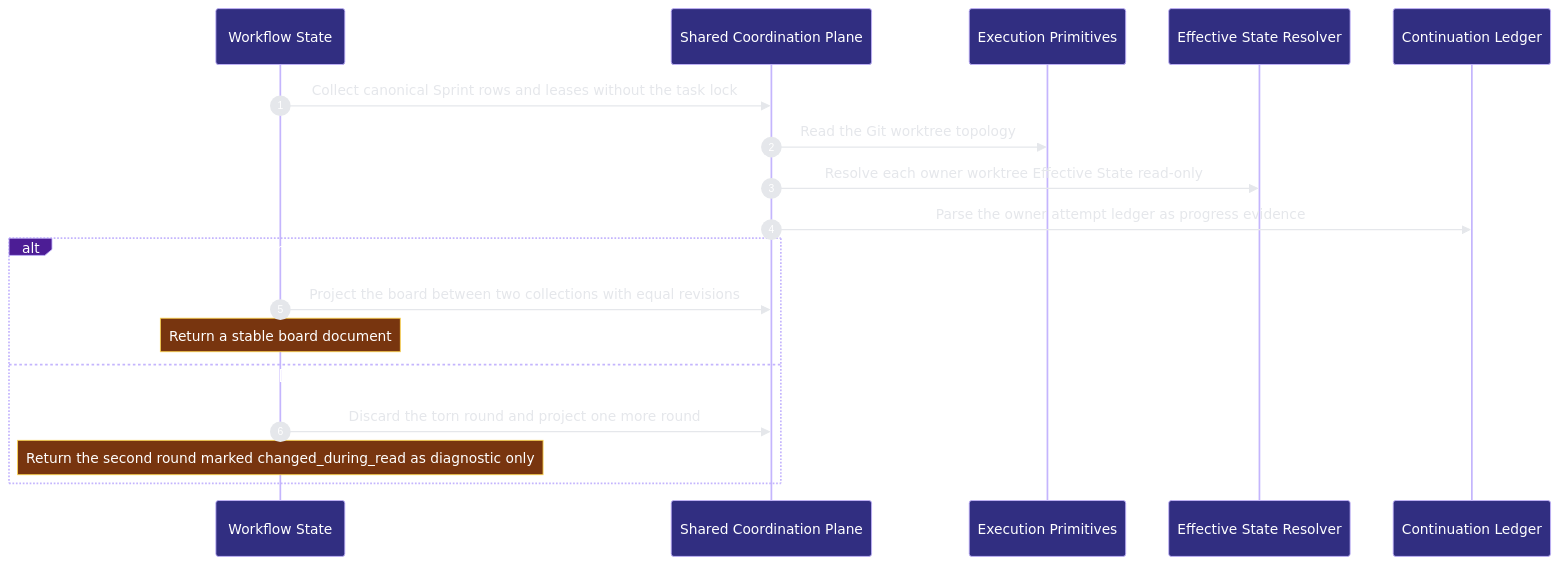
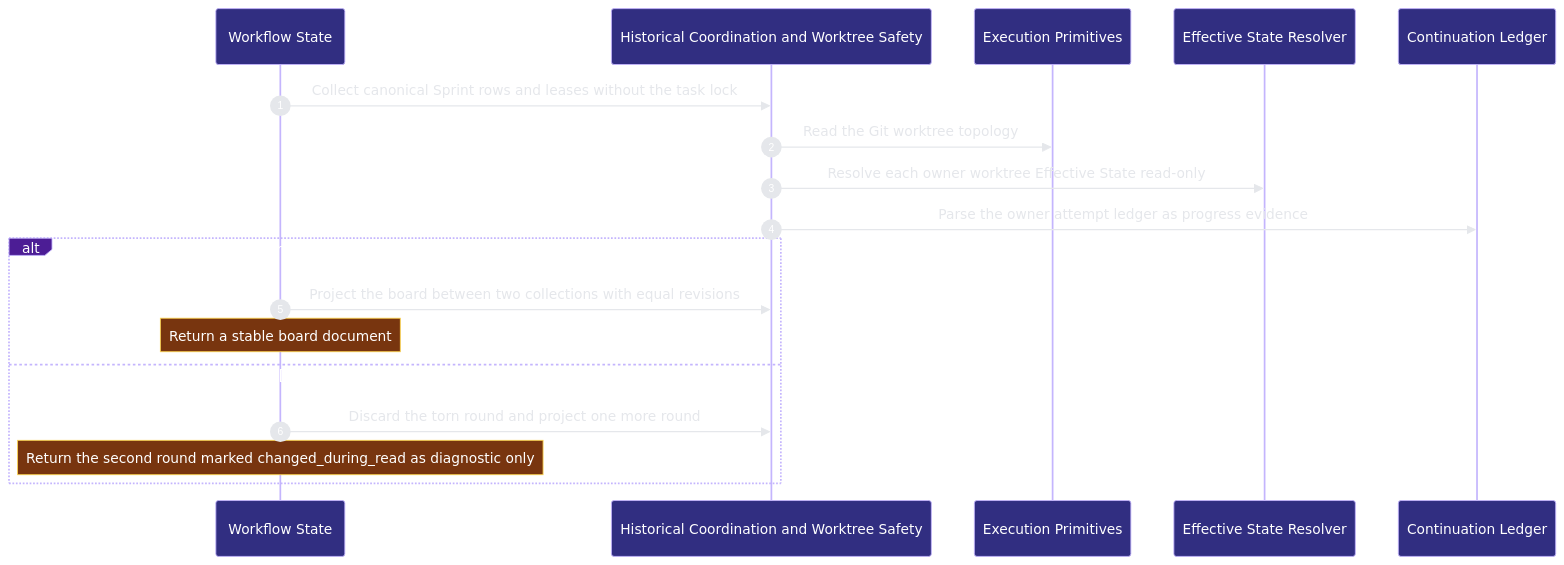
One commit to Ancienttwo/repo-harness changed the second of 3 diagrams in docs/architecture/modules/workflow-engine/workflow-state.md. Above: the diagram before and after it, drawn with Mermaid. The commit also changed other lines of this file and 31 other files, not shown here.

Commit message:
docs(architecture): retire task lifecycle ownership from the model

````diff
--- a/docs/architecture/modules/workflow-engine/workflow-state.md
+++ b/docs/architecture/modules/workflow-engine/workflow-state.md
@@ -123,21 +123,21 @@
 ```mermaid
 %%{init: {"theme":"base","themeVariables":{"background":"#0d1117","actorBkg":"#312e81","actorBorder":"#c4b5fd","actorTextColor":"#ffffff","signalColor":"#e5e7eb","signalTextColor":"#e5e7eb","labelBoxBkgColor":"#4c1d95","labelBoxBorderColor":"#c4b5fd","labelTextColor":"#ffffff","noteBkgColor":"#78350f","noteBorderColor":"#fcd34d","noteTextColor":"#ffffff","sequenceNumberColor":"#ffffff"}}}%%
 sequenceDiagram
   autonumber
   participant p2_capability_4262990f as Workflow State
-  participant p2_plane_fe9f6ceb as Shared Coordination Plane
+  participant p2_plane_fe9f6ceb as Historical Coordination and Worktree Safety
   participant p2_primitives_8dae000d as Execution Primitives
   participant p2_resolver_55db5581 as Effective State Resolver
   participant p2_ledger_bccca523 as Continuation Ledger
   p2_capability_4262990f->>p2_plane_fe9f6ceb: Collect canonical Sprint rows and leases without the task lock
   p2_plane_fe9f6ceb->>p2_primitives_8dae000d: Read the Git worktree topology
   p2_plane_fe9f6ceb->>p2_resolver_55db5581: Resolve each owner worktree Effective State read-only
   p2_plane_fe9f6ceb->>p2_ledger_bccca523: Parse the owner attempt ledger as progress evidence
   alt Board revisions match before and after the projection
   p2_capability_4262990f->>p2_plane_fe9f6ceb: Project the board between two collections with equal revisions
     Note over p2_capability_4262990f: Return a stable board document
   else Inputs move during both rounds
   p2_capability_4262990f->>p2_plane_fe9f6ceb: Discard the torn round and project one more round
     Note over p2_capability_4262990f: Return the second round marked changed_during_read as diagnostic only
   end
 ```
````
